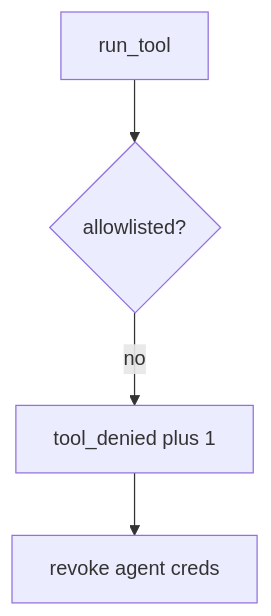
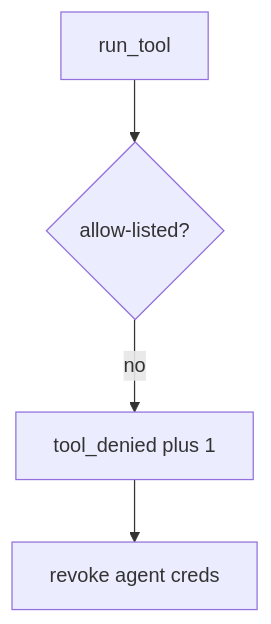
The diagram in content/modules/e/E1/lessons/06-operate.md (ishitvagoel/LearnSecurity), drawn with Mermaid before and after one commit. The commit also changed other lines of this file and 55 other files, not shown here.

````diff
--- a/content/modules/e/E1/lessons/06-operate.md
+++ b/content/modules/e/E1/lessons/06-operate.md
@@ -13,6 +14,6 @@
 ```mermaid
 flowchart TD
-  Call[run_tool] --> In{allowlisted?}
+  Call[run_tool] --> In{allow-listed?}
   In -->|no| Metric["tool_denied plus 1"]
   Metric --> Revoke[revoke agent creds]
 ```
````
